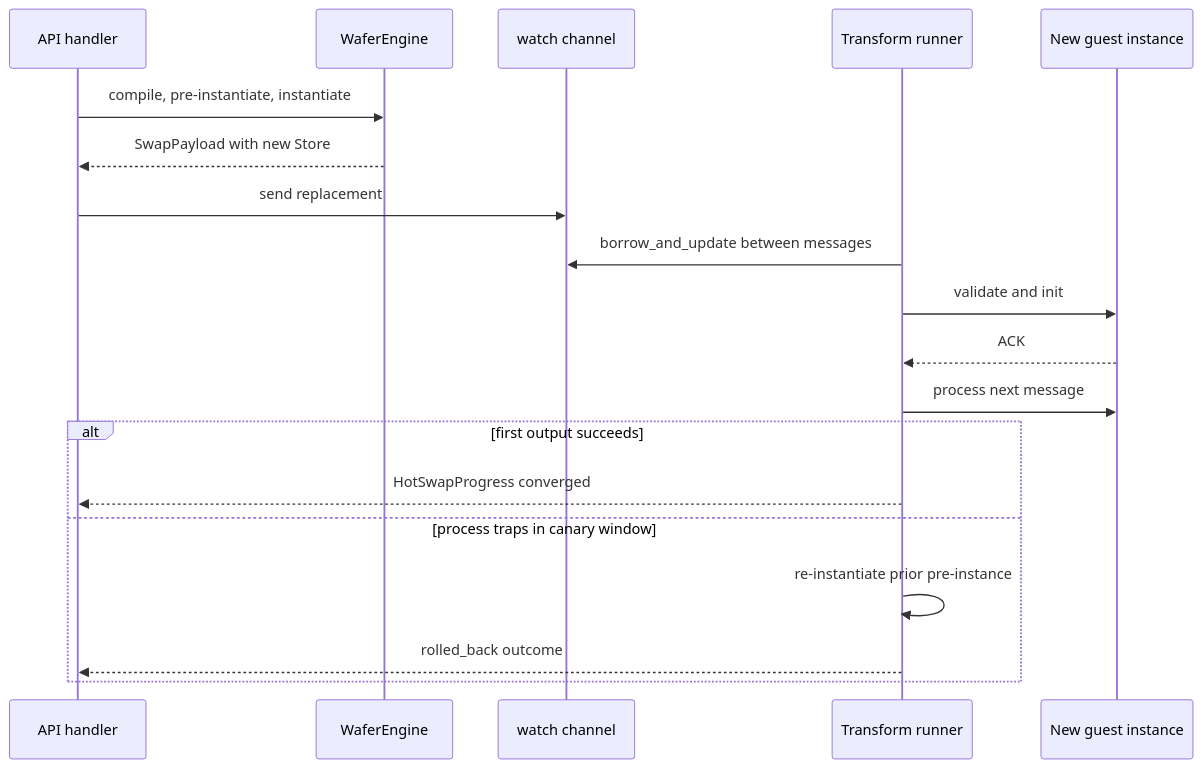
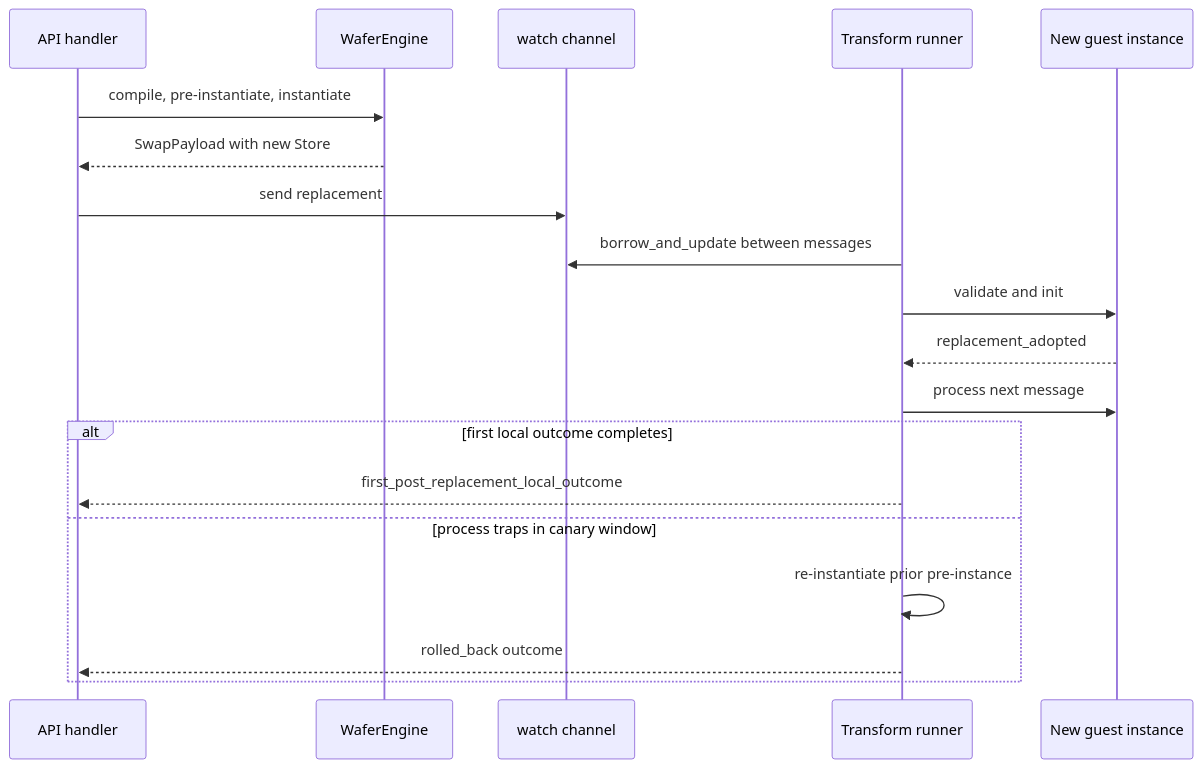
Before and after one commit to PedroKlein/wafer: the diagram in docs/learn/stateless-hot-swap.md, drawn with Mermaid. The commit also changed other lines of this file and 186 other files, not shown here.

````diff
--- a/docs/learn/stateless-hot-swap.md
+++ b/docs/learn/stateless-hot-swap.md
@@ -17,21 +17,21 @@
 ```mermaid
 sequenceDiagram
     participant API as API handler
     participant Engine as WaferEngine
     participant Watch as watch channel
     participant Runner as Transform runner
     participant Guest as New guest instance
     API->>Engine: compile, pre-instantiate, instantiate
     Engine-->>API: SwapPayload with new Store
     API->>Watch: send replacement
     Runner->>Watch: borrow_and_update between messages
     Runner->>Guest: validate and init
-    Guest-->>Runner: ACK
+    Guest-->>Runner: replacement_adopted
     Runner->>Guest: process next message
-    alt first output succeeds
-        Runner-->>API: HotSwapProgress converged
+    alt first local outcome completes
+        Runner-->>API: first_post_replacement_local_outcome
     else process traps in canary window
         Runner->>Runner: re-instantiate prior pre-instance
         Runner-->>API: rolled_back outcome
     end
 ```
````
